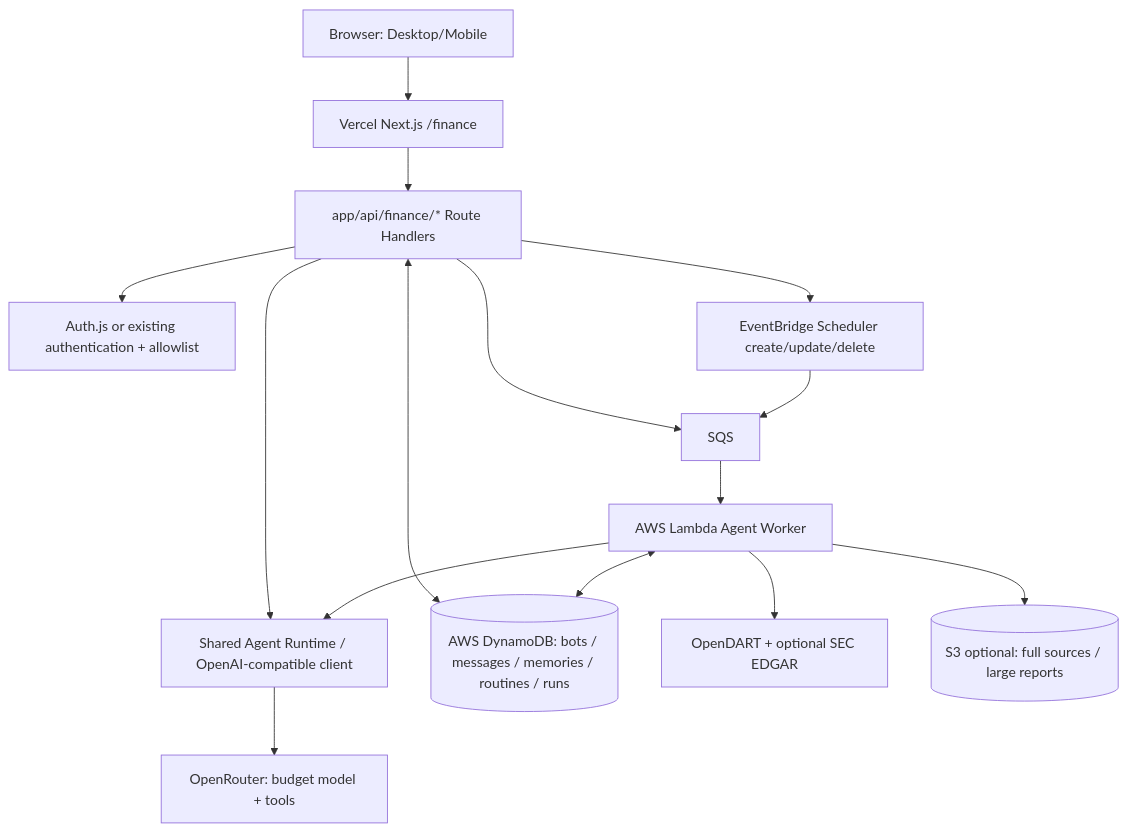
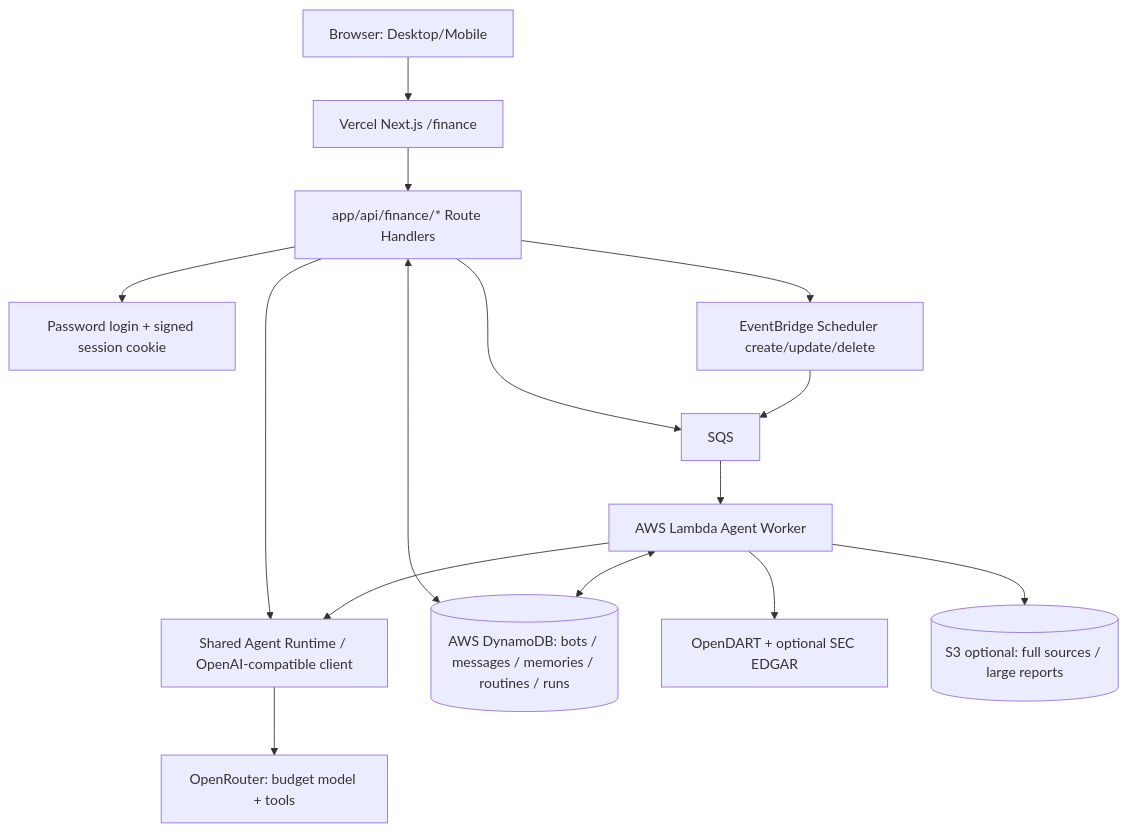
Before and after one commit to jglee96/zakkdev: the diagram in docs/finance-agent-poc-plan.md, drawn with Mermaid. The commit also changed other lines of this file, not shown here.

Commit message:
docs: use password sessions for personal finance authentication

````diff
--- a/docs/finance-agent-poc-plan.md
+++ b/docs/finance-agent-poc-plan.md
@@ -33,17 +33,17 @@
 ```mermaid
 flowchart TD
   U[Browser: Desktop/Mobile] --> V[Vercel Next.js /finance]
   V --> API[app/api/finance/* Route Handlers]
-  API --> Auth[Auth.js or existing authentication + allowlist]
+  API --> Auth[Password login + signed session cookie]
   API --> Core[Shared Agent Runtime / OpenAI-compatible client]
   Core --> OR[OpenRouter: budget model + tools]
   API <--> DB[(AWS DynamoDB: bots / messages / memories / routines / runs)]
   API --> SQS[SQS]
   API --> ES[EventBridge Scheduler create/update/delete]
   ES --> SQS
   SQS --> W[AWS Lambda Agent Worker]
   W --> Core
   W <--> DB
   W --> DART[OpenDART + optional SEC EDGAR]
   W --> S3[(S3 optional: full sources / large reports)]
 ```
````
